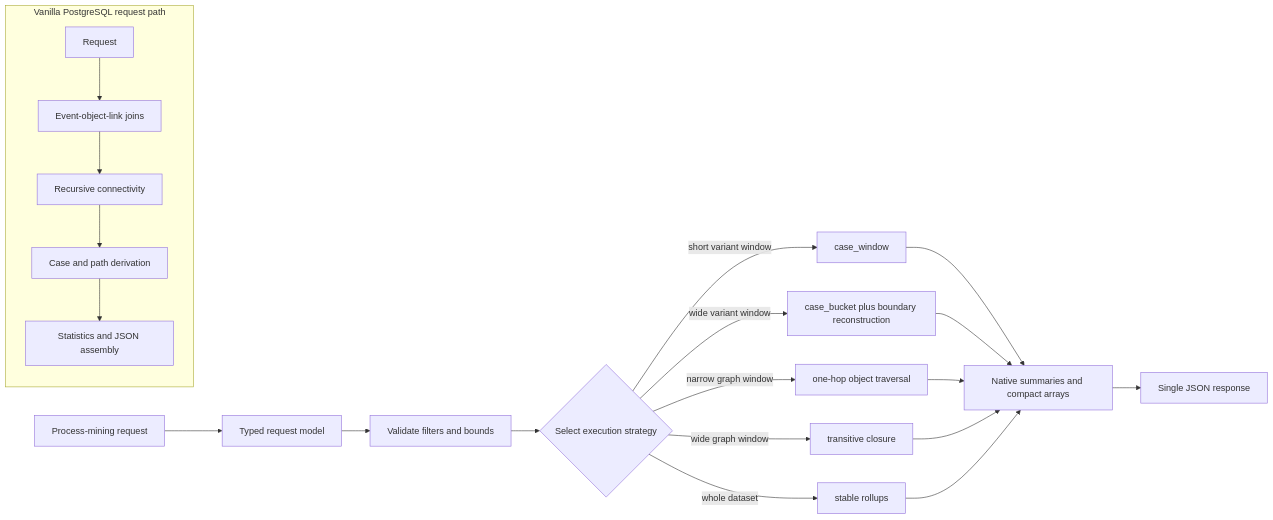
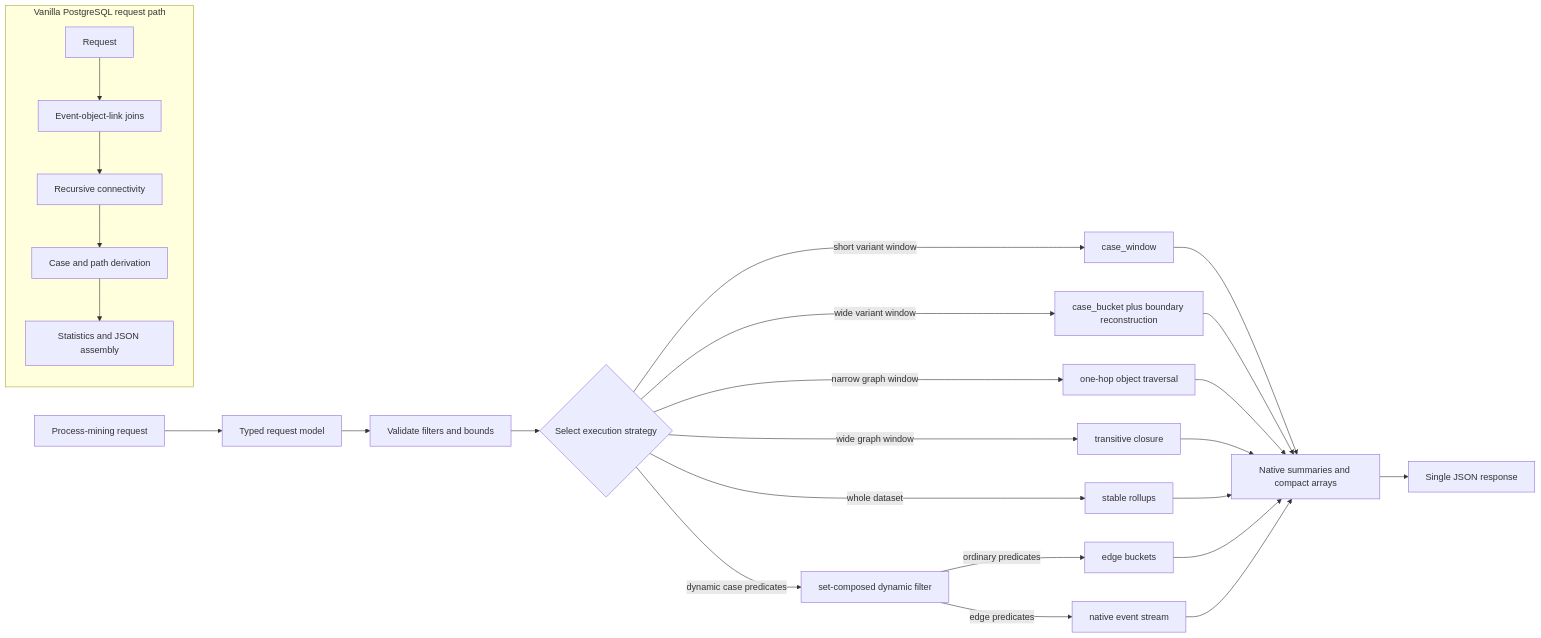
The diagram in docs/technical-performance-improvements.md (verticalbarHQ/ocpm-engine), drawn with Mermaid before and after one commit. The commit also changed other lines of this file and 13 other files, not shown here.

Commit message:
feat: add uniform dynamic filter planner

````diff
--- a/docs/technical-performance-improvements.md
+++ b/docs/technical-performance-improvements.md
@@ -27,26 +27,31 @@
 ```mermaid
 flowchart LR
     R[Process-mining request] --> M[Typed request model]
     M --> V[Validate filters and bounds]
     V --> S{Select execution strategy}
 
     S -->|short variant window| CW[case_window]
     S -->|wide variant window| CB[case_bucket plus boundary reconstruction]
     S -->|narrow graph window| OH[one-hop object traversal]
     S -->|wide graph window| CL[transitive closure]
     S -->|whole dataset| RU[stable rollups]
+    S -->|dynamic case predicates| DF[set-composed dynamic filter]
+    DF -->|ordinary predicates| EB[edge buckets]
+    DF -->|edge predicates| ES[native event stream]
 
     CW --> N[Native summaries and compact arrays]
     CB --> N
     OH --> N
     CL --> N
     RU --> N
+    EB --> N
+    ES --> N
     N --> J[Single JSON response]
 
     subgraph Vanilla PostgreSQL request path
         VR[Request] --> RJ[Event-object-link joins]
         RJ --> RC[Recursive connectivity]
         RC --> RD[Case and path derivation]
         RD --> RA[Statistics and JSON assembly]
     end
 ```
````
